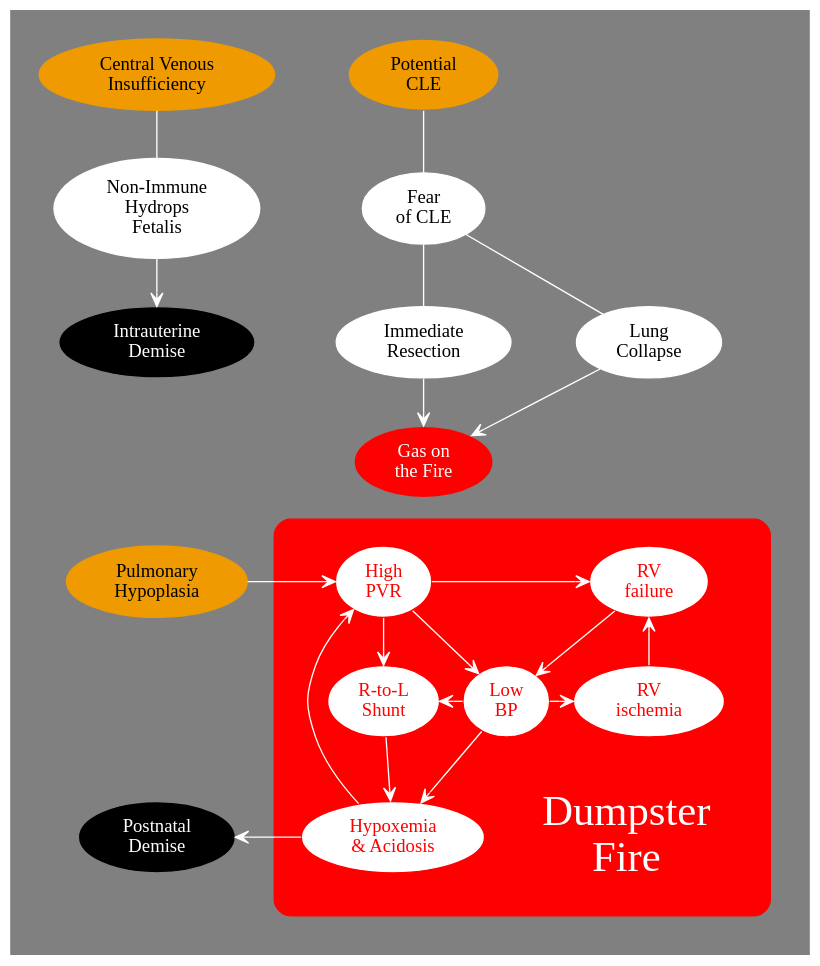
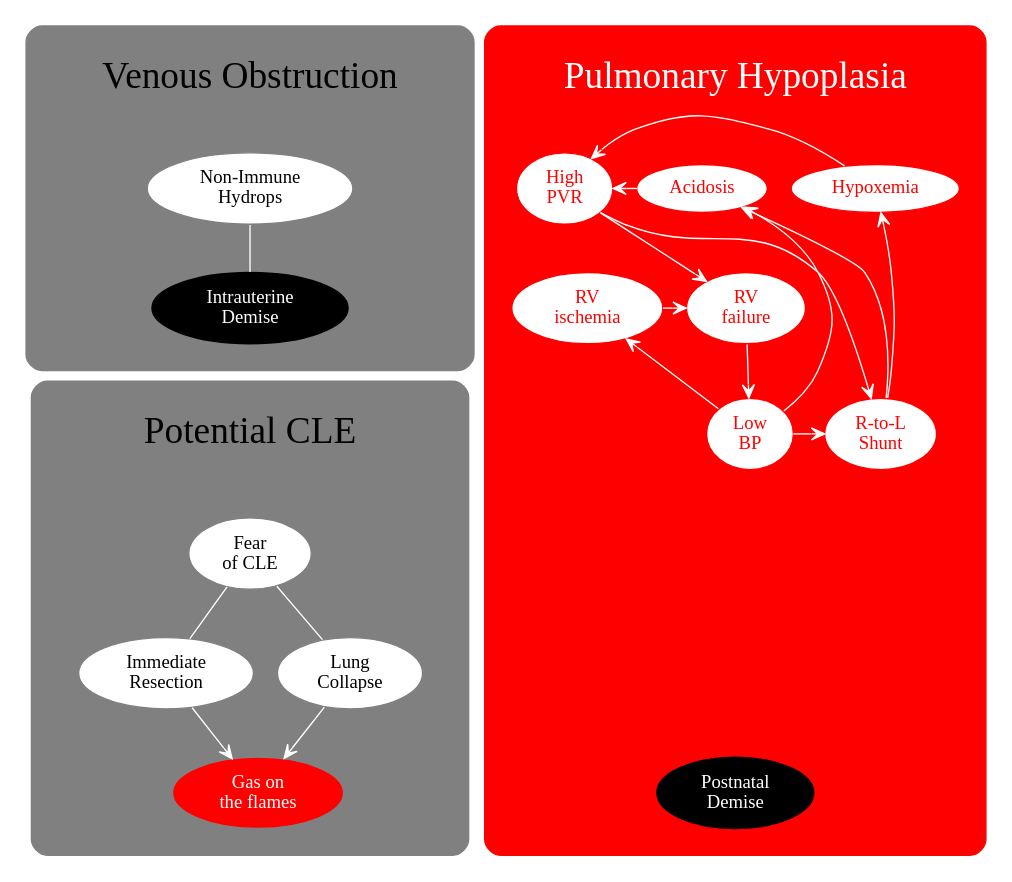
The diagram in dumpster-fire.dot (mdtsandman/CLO), drawn with Graphviz before and after one commit. The commit also changed 2 other files, not shown here.

```diff
--- a/dumpster-fire.dot
+++ b/dumpster-fire.dot
@@ -1,83 +1,94 @@
 digraph Risks {
 
 rankdir=TB;
 newrank=true;
 compound=true;
-bgcolor=grey;
-pad = 0.3;
 
-node [color=white style=filled fillcolor=white];
+node [color=grey style=filled fillcolor=white];
 edge [arrowhead=none color=white];
 
-MaybeCLE [label="Potential\nCLE" fillcolor=orange2 color=grey];
-NIHF [label="Non-Immune\nHydrops\nFetalis"];
-OR [label="Immediate\nResection"];
-Fear [label="Fear\nof CLE"];
-FRC [label="Lung\nCollapse"];
-IUD [label="Intrauterine\nDemise" style=filled fillcolor=black color=grey fontcolor=white];
-Death [label="Postnatal\nDemise" style=filled fillcolor=black color=grey fontcolor=white];
-Catalyst [label="Gas on\nthe Fire" fontcolor=white style=filled fillcolor=red color=grey];
-Dummy1 [style=invis];
-Dummy2 [style=invis];
 
-CVP [label="Central Venous\nInsufficiency" fillcolor=orange2 color=orange2];
-PHP [label="Pulmonary\nHypoplasia" fillcolor=orange2 color=orange2];
+subgraph ClusterHydrops {
+
+	style=rounded;
+	margin=20;
+	color=grey;
+	bgcolor=grey;
+	fontcolor=white;
+
+  CVI [label="Venous Obstruction" shape=box fixedwidth=true width=4 fillcolor=grey color=grey fontsize=28];
+	
+	NIHF [label="Non-Immune\nHydrops"];
+	IUD [label="Intrauterine\nDemise" style=filled fillcolor=black color=black fontcolor=white];
+
+	CVI -> NIHF [style=invis];
+	NIHF -> IUD;
+
+}
+
+subgraph ClusterGas {
+
+	style=rounded;
+	margin=20;
+	color=grey;
+	bgcolor=grey;
+	fontcolor=white;
+	
+  MaybeCLE [label="Potential CLE" shape=box fixedwidth=true width=4 fillcolor=grey color=grey fontsize=28];
+
+	OR [label="Immediate\nResection"];
+	Fear [label="Fear\nof CLE"];
+	FRC [label="Lung\nCollapse"];
+	Gas [label="Gas on\nthe flames" fillcolor=red fontcolor=white ];
+
+	MaybeCLE -> Fear [style=invis];
+	Fear -> {FRC OR};
+	{FRC OR} -> Gas [arrowhead=vee];	
+
+}
 
 subgraph ClusterFuck {
 
 	style=rounded;
 	margin=20;
 	color=red;
 	bgcolor=red;
+	fontcolor=white;
 
-	node [fillcoloir=white color=red fontcolor=red];
+  PHP [label="Pulmonary Hypoplasia" shape=box fillcolor=red color=red fontsize=28 fontcolor=white];
+	
+	node [fillcolor=white color=red fontcolor=red];
 	edge [arrowhead=vee color=white];
-
-	Label [label="Dumpster\nFire" shape=box fontsize=32 fontcolor=white fillcolor=red color=red];
 
 	RVI [label="RV\nischemia"];
 	RVF [label="RV\nfailure"];
 	PHTN [label="High\nPVR"];
 	Shunt [label="R-to-L\nShunt"];
 	LowBP [label="Low\nBP"];
-	Badness [label="Hypoxemia\n& Acidosis"];
+	Hypoxia [label="Hypoxemia"];
+	Acidosis [label="Acidosis"];
+	Death [label="Postnatal\nDemise" style=filled fillcolor=black color=black fontcolor=white];
 
-	PHTN -> LowBP -> Badness -> PHTN;
-	PHTN -> Shunt [weight=100];
-	Shunt -> Badness;
-	PHTN -> RVF;
-	LowBP -> RVI;
-	RVI -> RVF [weight=150];
-	RVF -> LowBP [weight=100];
+	PHP -> PHTN [style=invis];
+
+	LowBP -> Acidosis;
+	PHTN -> Shunt;
+	Shunt -> Hypoxia;
+	Shunt -> Acidosis;
+	PHTN -> RVF
+	RVF -> LowBP -> RVI -> RVF;
 	LowBP -> Shunt;
+	Acidosis -> PHTN;
+	Hypoxia -> PHTN;
 
-	{rank=same PHTN RVF};
-	{rank=same LowBP Shunt};
-	{rank=same RVI Shunt};
-	{rank=same Badness Label};
+	{ rank=same RVF RVI };
+	{ rank=same LowBP Shunt };
+	{ rank=same PHTN Acidosis Hypoxia };
+}
+
+IUD -> MaybeCLE [style=invis weight=100];
+
+{ rank=same NIHF PHTN };
+{ rank=same Gas Death };
 
 }
-
-{rank=same CVP MaybeCLE};
-{rank=same NIHF Fear};
-{rank=same IUD OR FRC};
-{rank=same PHP PHTN};
-{rank=same Dummy2 Shunt};
-{rank=same Death Badness};
-
-
-PHP -> PHTN [arrowhead=vee];
-CVP -> NIHF [weight=100];
-NIHF -> IUD [arrowhead=vee weight=100];
-MaybeCLE -> Fear [weight=100];
-Fear -> {FRC OR};
-{FRC OR} -> Catalyst [arrowhead=vee];
-Catalyst -> PHTN [style=invis arrowhead=vee];
-Badness -> Death [arrowhead=vee];
-
-// invis edges to force ordering and alignment ...
-
-CVP -> MaybeCLE [style=invis];
-IUD -> PHP -> Dummy2 -> Death [style=invis weight=100];
-FRC -> RVF [style=invis weight=100];
-}
```
